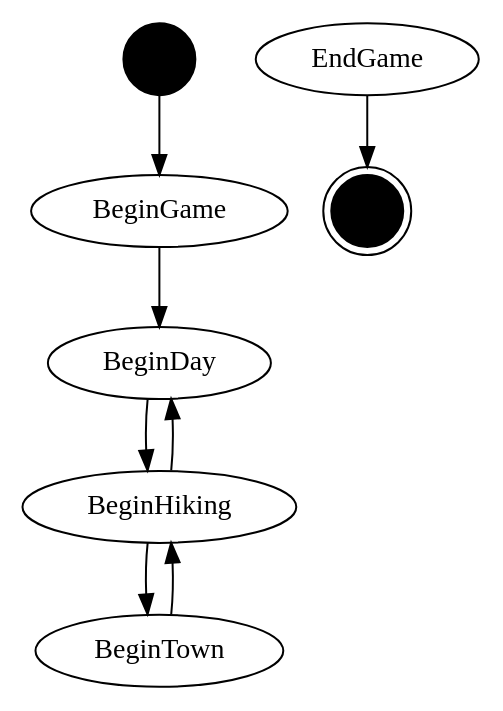
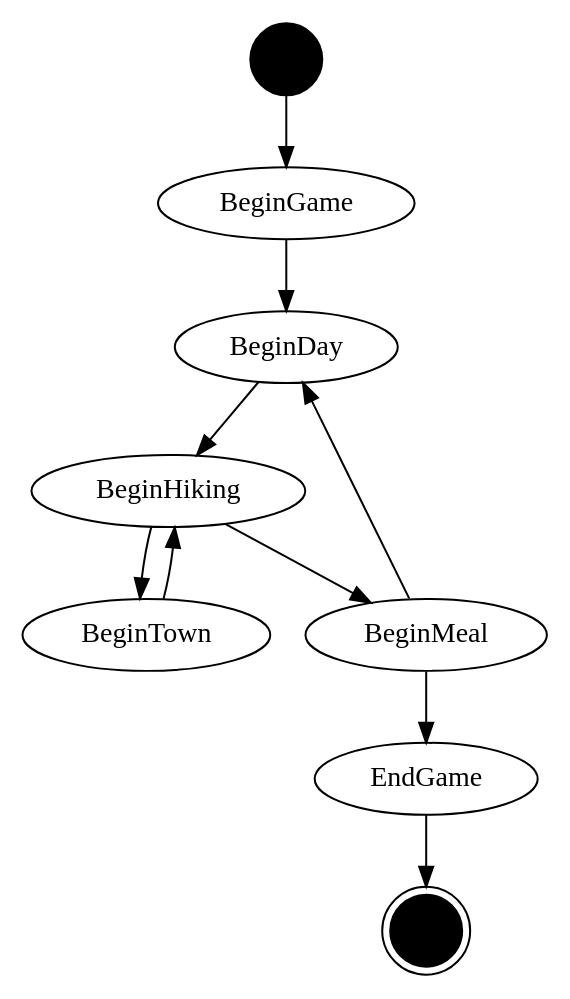
One commit to ahepp/pct changed the diagram in dot/states.dot. Above: the diagram before and after it, drawn with Graphviz. The commit also changed 5 other files, not shown here.

```diff
--- a/dot/states.dot
+++ b/dot/states.dot
@@ -1,11 +1,13 @@
 digraph states {
     start [label="" shape=circle style=filled color=black]
     end [label="" shape=doublecircle style=filled color=black]
     start -> BeginGame
     BeginGame -> BeginDay
     BeginDay -> BeginHiking
-    BeginHiking -> BeginDay
     BeginHiking -> BeginTown
+    BeginHiking -> BeginMeal
     BeginTown -> BeginHiking
+    BeginMeal -> BeginDay
+    BeginMeal -> EndGame
     EndGame -> end
 }
```
